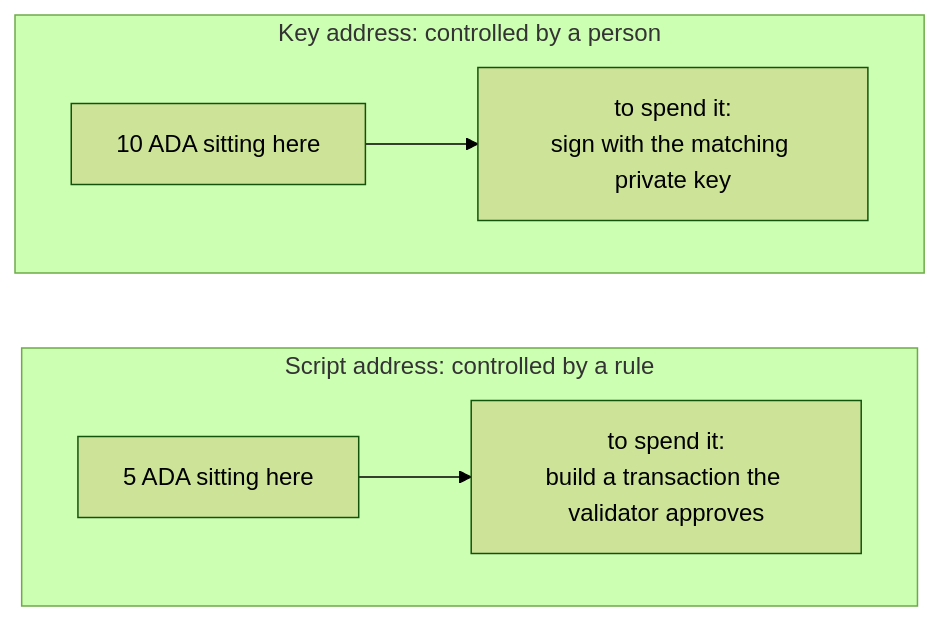
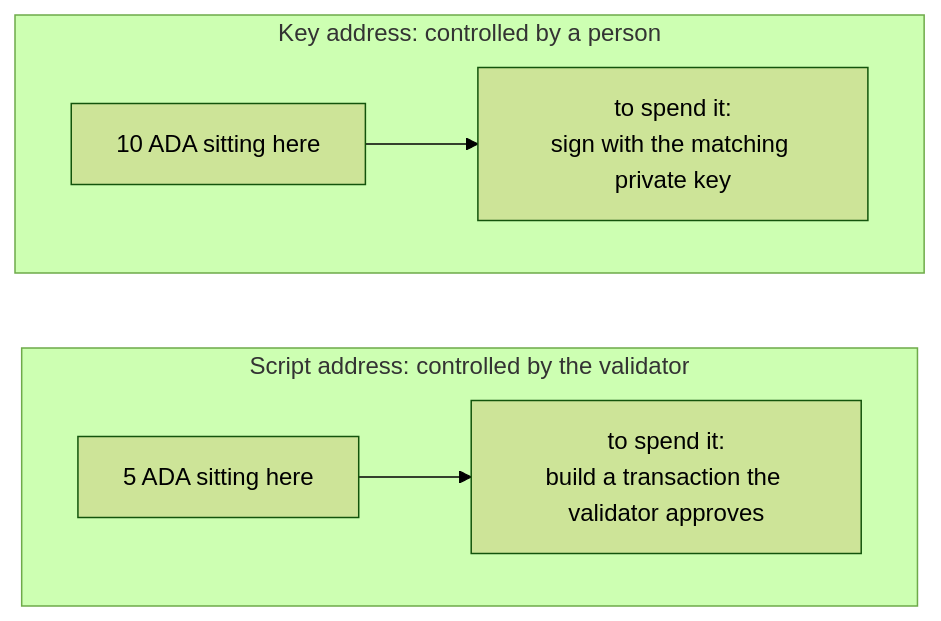
The first of 2 diagrams in docs/developers/onboarding/lectures/intermediate/3-what-is-a-validator.md (cardano-foundation/developer-portal), drawn with Mermaid (forest theme) before and after one commit.

````diff
--- a/docs/developers/onboarding/lectures/intermediate/3-what-is-a-validator.md
+++ b/docs/developers/onboarding/lectures/intermediate/3-what-is-a-validator.md
@@ -32,12 +32,12 @@
 ```mermaid
 flowchart TB
     subgraph K["Key address: controlled by a person"]
         KA["10 ADA sitting here"] --> KR["to spend it:<br/>sign with the matching private key"]
     end
 
-    subgraph S["Script address: controlled by a rule"]
+    subgraph S["Script address: controlled by the validator"]
         SA["5 ADA sitting here"] --> SR["to spend it:<br/>build a transaction the validator approves"]
     end
 
     K ~~~ S
 ```
````
